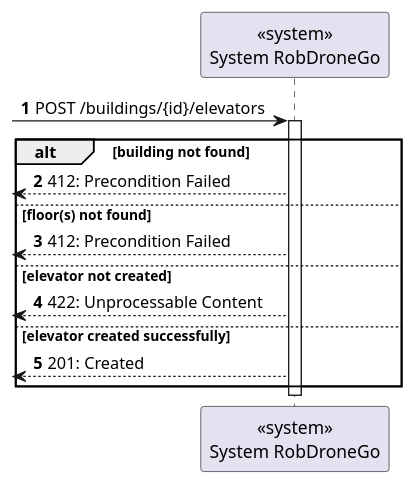
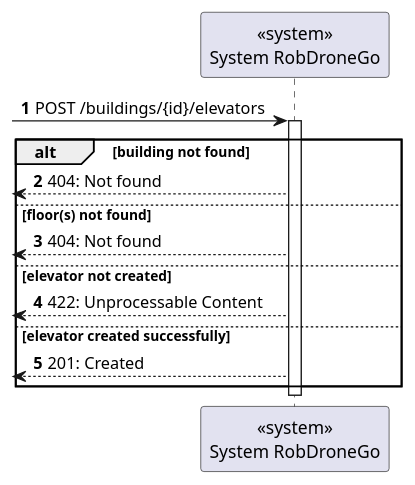
One commit to Departamento-de-Engenharia-Informatica/lapr5-23-24-g19 changed the diagram in docs/us270/level1/process-view.puml. Above: the diagram before and after it, drawn with PlantUML. The commit also changed 51 other files, not shown here.

Commit message:
docs(us270,280,290,310,350,380): updated response code "404: Not found"

```diff
--- a/docs/us270/level1/process-view.puml
+++ b/docs/us270/level1/process-view.puml
@@ -1,20 +1,20 @@
 @startuml
 autonumber
 
 participant "<<system>>\nSystem RobDroneGo" as sys
 
 [-> sys : POST /buildings/{id}/elevators
 
 activate sys
     alt building not found
-        [<-- sys : 412: Precondition Failed
+        [<-- sys : 404: Not found
     else floor(s) not found
-        [<-- sys : 412: Precondition Failed
+        [<-- sys : 404: Not found
     else elevator not created
         [<-- sys : 422: Unprocessable Content
     else elevator created successfully
         [<-- sys : 201: Created
     end
 deactivate sys
 
 @enduml
```
